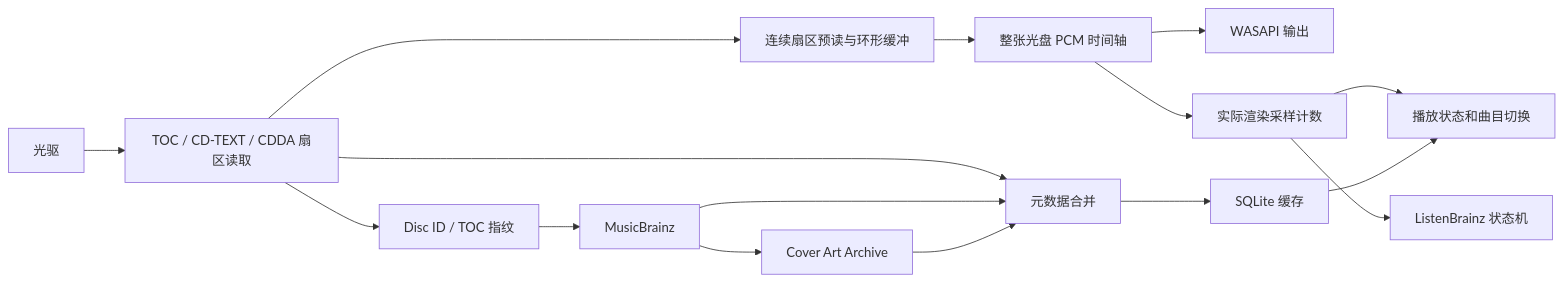
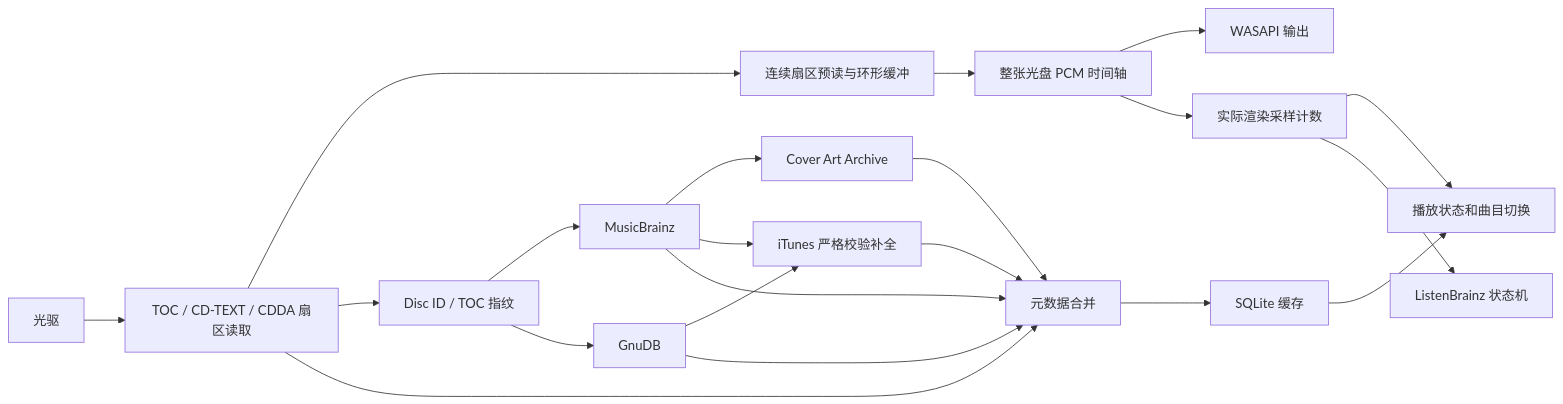
The diagram in docs/PRODUCT_PLAN.md (0x00416/CD.404), drawn with Mermaid before and after one commit. The commit also changed other lines of this file and 29 other files, not shown here.

````diff
--- a/docs/PRODUCT_PLAN.md
+++ b/docs/PRODUCT_PLAN.md
@@ -131,19 +134,24 @@
 ```mermaid
 flowchart LR
     Drive["光驱"] --> DiscIO["TOC / CD-TEXT / CDDA 扇区读取"]
     DiscIO --> Buffer["连续扇区预读与环形缓冲"]
     Buffer --> Timeline["整张光盘 PCM 时间轴"]
     Timeline --> WASAPI["WASAPI 输出"]
     Timeline --> Cursor["实际渲染采样计数"]
     Cursor --> UI["播放状态和曲目切换"]
     Cursor --> LB["ListenBrainz 状态机"]
 
     DiscIO --> Identity["Disc ID / TOC 指纹"]
     Identity --> MB["MusicBrainz"]
+    Identity --> GnuDB["GnuDB"]
     MB --> CAA["Cover Art Archive"]
+    MB --> ITunes["iTunes 严格校验补全"]
+    GnuDB --> ITunes
     DiscIO --> Merge["元数据合并"]
     MB --> Merge
+    GnuDB --> Merge
+    ITunes --> Merge
     CAA --> Merge
     Merge --> Cache["SQLite 缓存"]
     Cache --> UI
 ```
````
